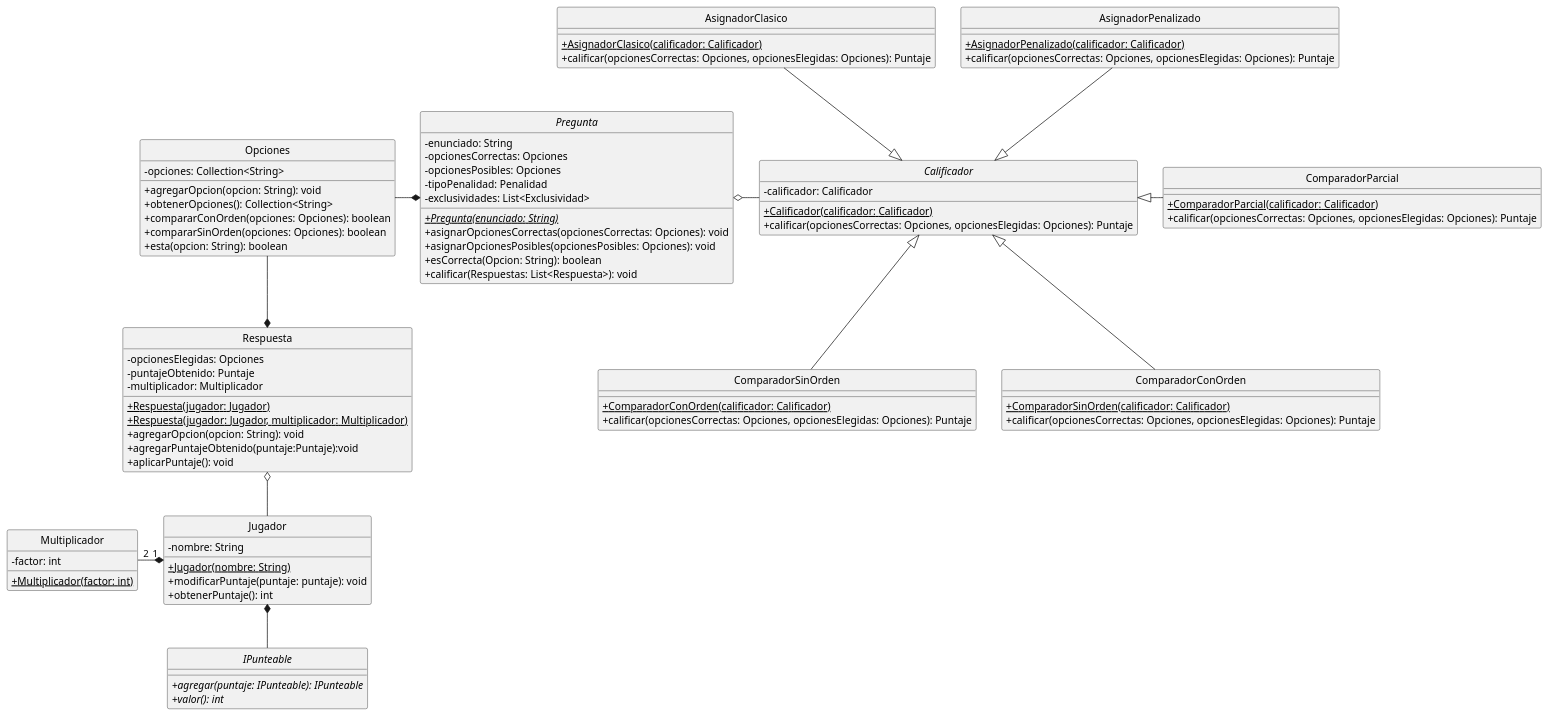
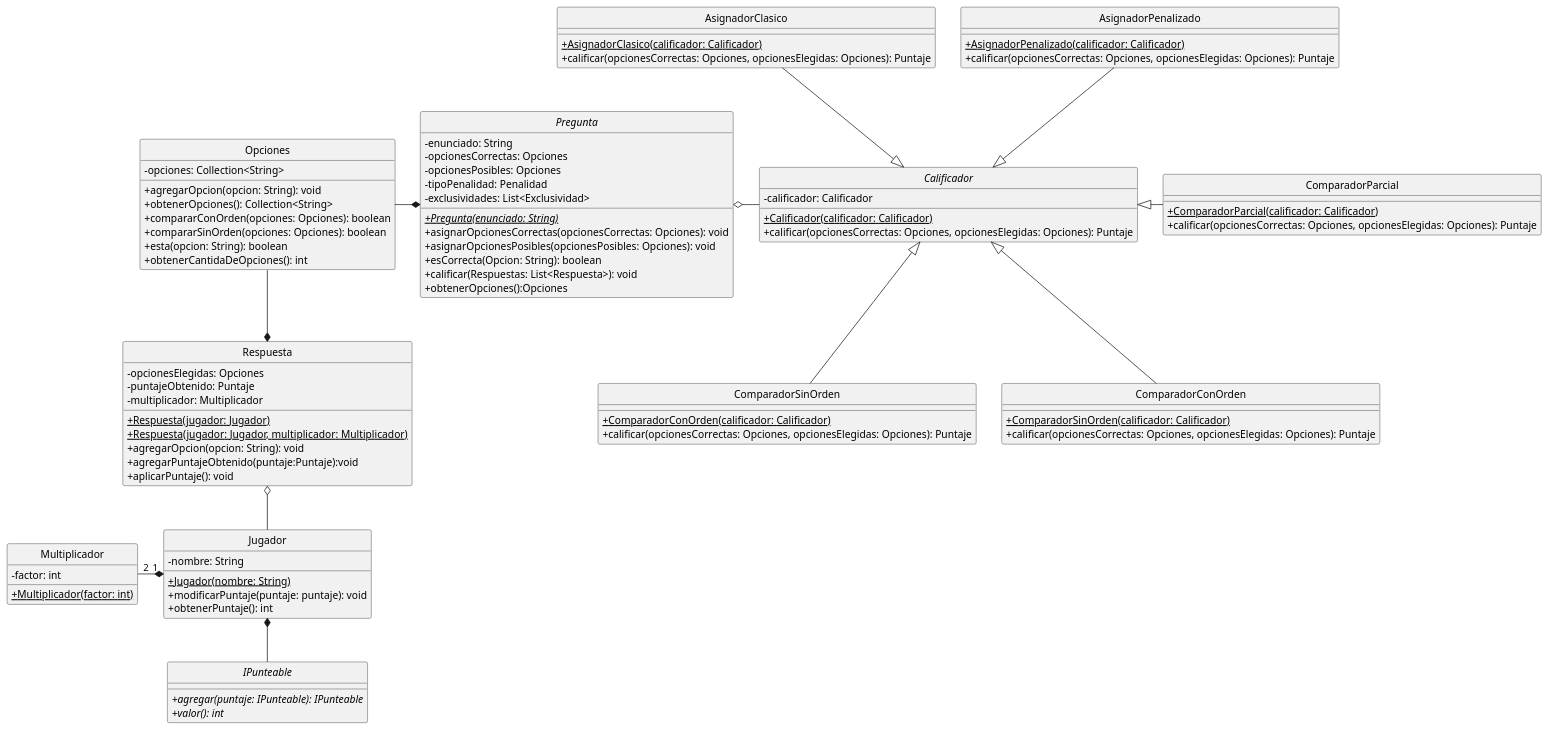
Before and after one commit to Alex1161/TP2: the diagram in src/main/java/edu/fiuba/algo3/Diagramas/puml/ModeloPosibleRefactorizacion.puml, drawn with PlantUML. The commit also changed 2 other files, not shown here.

Commit message:
agrego metodo obtenerCantidaDeOpciones a Opciones

```diff
--- a/src/main/java/edu/fiuba/algo3/Diagramas/puml/ModeloPosibleRefactorizacion.puml
+++ b/src/main/java/edu/fiuba/algo3/Diagramas/puml/ModeloPosibleRefactorizacion.puml
@@ -1,102 +1,104 @@
 @startuml
 hide circle
 skinparam classAttributeIconSize 0
 
 'Clases
 Class Opciones{
     -opciones: Collection<String>
     +agregarOpcion(opcion: String): void
     +obtenerOpciones(): Collection<String>
     +compararConOrden(opciones: Opciones): boolean
     +compararSinOrden(opciones: Opciones): boolean
     +esta(opcion: String): boolean
+    +obtenerCantidaDeOpciones(): int
 }
 
 Abstract Class Pregunta{
     -enunciado: String
     -opcionesCorrectas: Opciones
     -opcionesPosibles: Opciones
     -tipoPenalidad: Penalidad
     -exclusividades: List<Exclusividad>
     +{abstract}{static}Pregunta(enunciado: String)
     +asignarOpcionesCorrectas(opcionesCorrectas: Opciones): void
     +asignarOpcionesPosibles(opcionesPosibles: Opciones): void
     +esCorrecta(Opcion: String): boolean
     +calificar(Respuestas: List<Respuesta>): void
+    +obtenerOpciones():Opciones
 }
 
 Class Respuesta{
     -opcionesElegidas: Opciones
     -puntajeObtenido: Puntaje
     -multiplicador: Multiplicador
     +{static}Respuesta(jugador: Jugador)
     +{static}Respuesta(jugador: Jugador, multiplicador: Multiplicador)
     +agregarOpcion(opcion: String): void
     +agregarPuntajeObtenido(puntaje:Puntaje):void
     +aplicarPuntaje(): void
 }
 
 Class Jugador{
     -nombre: String
     +{Static}Jugador(nombre: String)
     +modificarPuntaje(puntaje: puntaje): void
     +obtenerPuntaje(): int
 }
 
 Interface IPunteable{
     +{abstract}agregar(puntaje: IPunteable): IPunteable
     +{abstract}valor(): int
 }
 
 Abstract Calificador{
     -calificador: Calificador
     +{static}Calificador(calificador: Calificador)
     +calificar(opcionesCorrectas: Opciones, opcionesElegidas: Opciones): Puntaje
 }
 
 Class ComparadorSinOrden{
     +{static}ComparadorConOrden(calificador: Calificador)
     +calificar(opcionesCorrectas: Opciones, opcionesElegidas: Opciones): Puntaje
 }
 
 Class ComparadorConOrden{
     +{static}ComparadorSinOrden(calificador: Calificador)
     +calificar(opcionesCorrectas: Opciones, opcionesElegidas: Opciones): Puntaje
 }
 
 Class ComparadorParcial{
     +{static}ComparadorParcial(calificador: Calificador)
     +calificar(opcionesCorrectas: Opciones, opcionesElegidas: Opciones): Puntaje
 }
 
 Class AsignadorClasico{
     +{static}AsignadorClasico(calificador: Calificador)
     +calificar(opcionesCorrectas: Opciones, opcionesElegidas: Opciones): Puntaje
 }
 
 Class AsignadorPenalizado{
     +{static}AsignadorPenalizado(calificador: Calificador)
     +calificar(opcionesCorrectas: Opciones, opcionesElegidas: Opciones): Puntaje
 }
 
 Class Multiplicador{
     -factor: int
     +{static}Multiplicador(factor: int)
 }
 
 'Relaciones
 Respuesta o-- Jugador
 Pregunta *-left- Opciones
 Respuesta *-up- Opciones
 
 Jugador *-- IPunteable
 
 Pregunta o-right- Calificador
 ComparadorConOrden -up-|> Calificador
 ComparadorSinOrden -up-|> Calificador
 ComparadorParcial -left-|> Calificador
 AsignadorClasico --|> Calificador
 AsignadorPenalizado --|> Calificador
 
 Jugador "1" *-left- "2" Multiplicador
 @enduml
```
